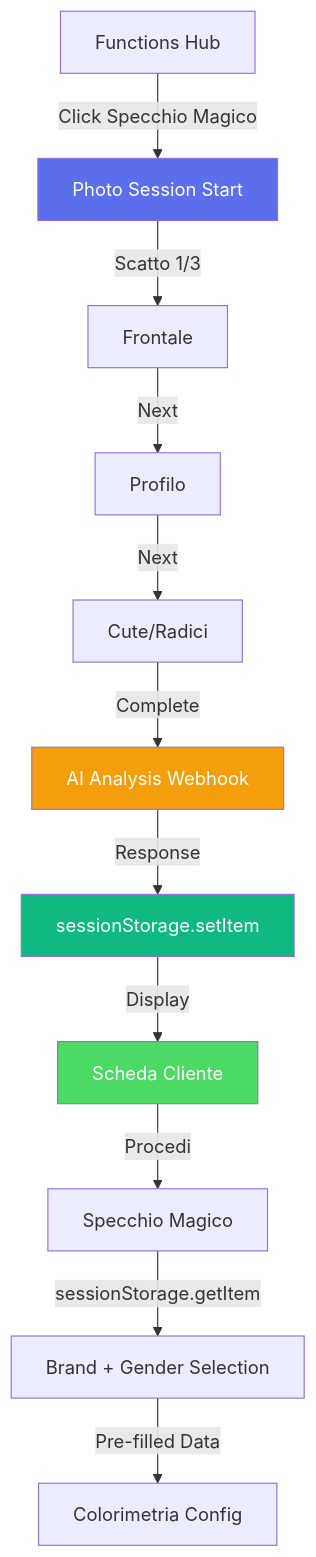
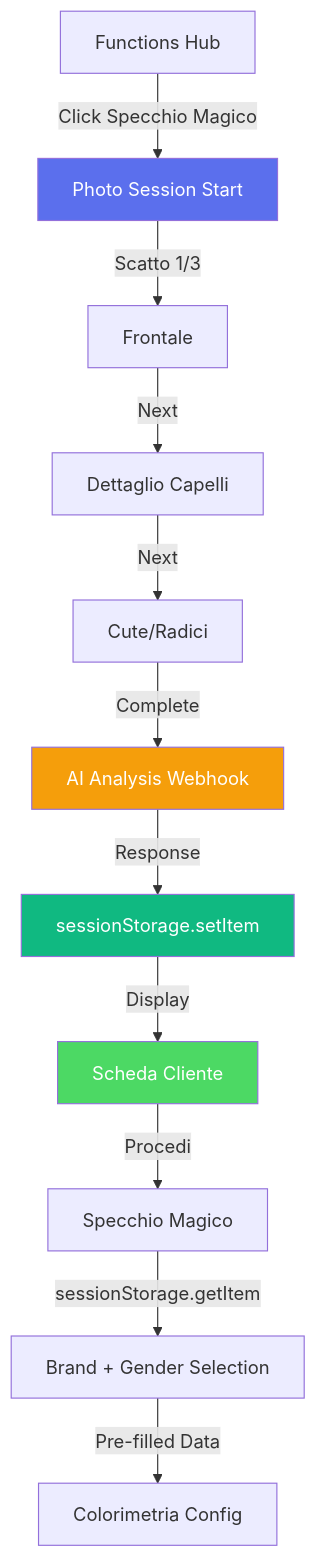
The diagram in docs/13-PHOTO-SESSION.md (SimonAiIT/SiteBoS-MiniApp), drawn with Mermaid before and after one commit. The commit also changed other lines of this file, not shown here.

First line of the commit message:
📸 Update Photo Session: Dettaglio Capelli + Response Structure

````diff
--- a/docs/13-PHOTO-SESSION.md
+++ b/docs/13-PHOTO-SESSION.md
@@ -28,18 +30,18 @@
 ```mermaid
 graph TD
     A[Functions Hub] -->|Click Specchio Magico| B[Photo Session Start]
     B -->|Scatto 1/3| C[Frontale]
-    C -->|Next| D[Profilo]
+    C -->|Next| D[Dettaglio Capelli]
     D -->|Next| E[Cute/Radici]
     E -->|Complete| F[AI Analysis Webhook]
     F -->|Response| G[sessionStorage.setItem]
     G -->|Display| H[Scheda Cliente]
     H -->|Procedi| I[Specchio Magico]
     I -->|sessionStorage.getItem| J[Brand + Gender Selection]
     J -->|Pre-filled Data| K[Colorimetria Config]
     
     style B fill:#5b6fed,color:#fff
     style F fill:#f59e0b,color:#fff
     style G fill:#10b981,color:#fff
     style H fill:#4cd964,color:#fff
 ```
````
